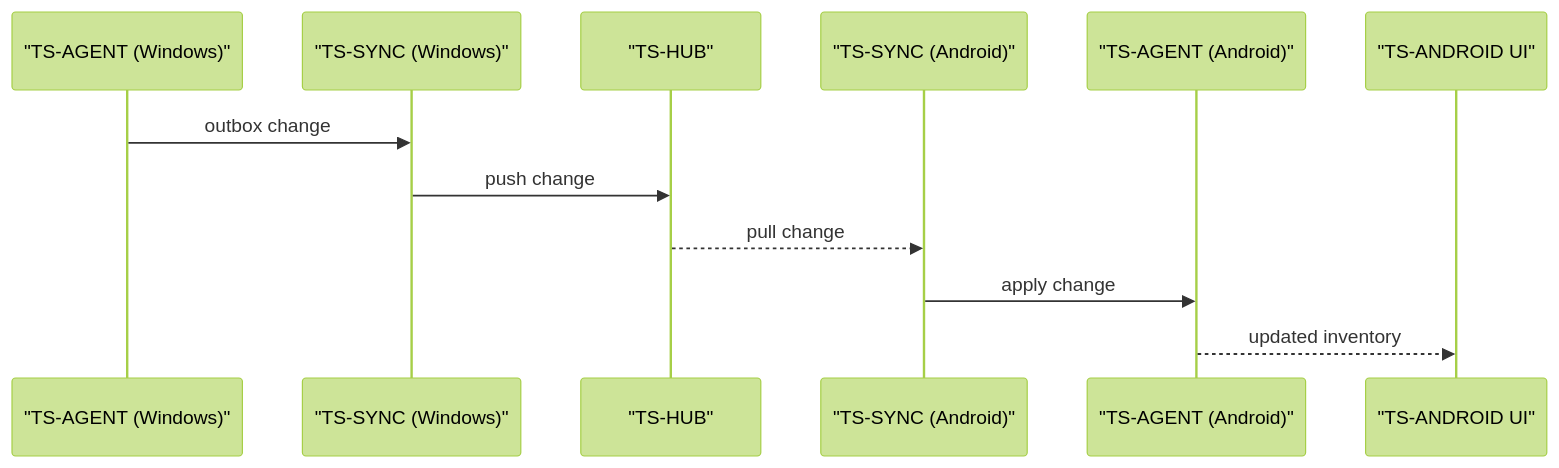
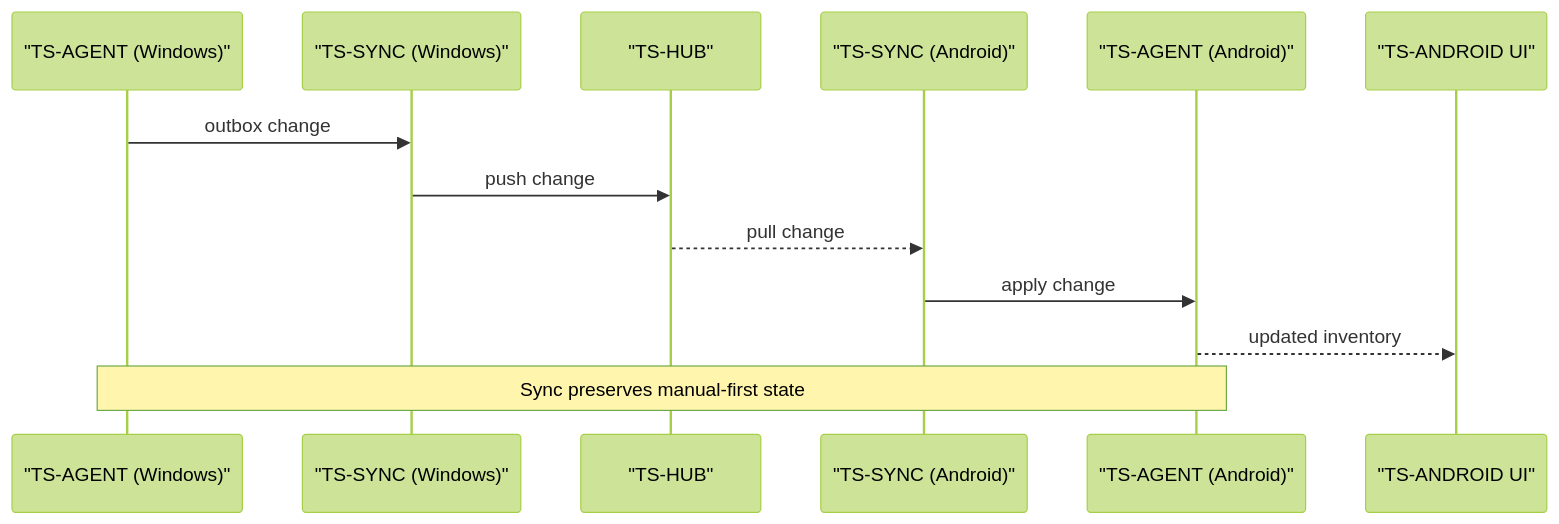
The fifth of 7 diagrams in .qoder/repowiki/en/content/Architecture Decision Records.md (asukhodko/timeskein), drawn with Mermaid (forest theme) before and after one commit. The commit also changed other lines of this file and 8 other files, not shown here.

First line of the commit message:
docs(architecture): adopt manual-first philosophy as core architectural foundation

````diff
--- a/.qoder/repowiki/en/content/Architecture Decision Records.md
+++ b/.qoder/repowiki/en/content/Architecture Decision Records.md
@@ -288,14 +316,15 @@
 ```mermaid
 sequenceDiagram
 participant WinAgent as "TS-AGENT (Windows)"
 participant WinSync as "TS-SYNC (Windows)"
 participant Hub as "TS-HUB"
 participant AndroidSync as "TS-SYNC (Android)"
 participant AndroidAgent as "TS-AGENT (Android)"
 participant AndroidUI as "TS-ANDROID UI"
 WinAgent->>WinSync : outbox change
 WinSync->>Hub : push change
 Hub-->>AndroidSync : pull change
 AndroidSync->>AndroidAgent : apply change
 AndroidAgent-->>AndroidUI : updated inventory
+Note over WinAgent,AndroidAgent : Sync preserves manual-first state
 ```
````
